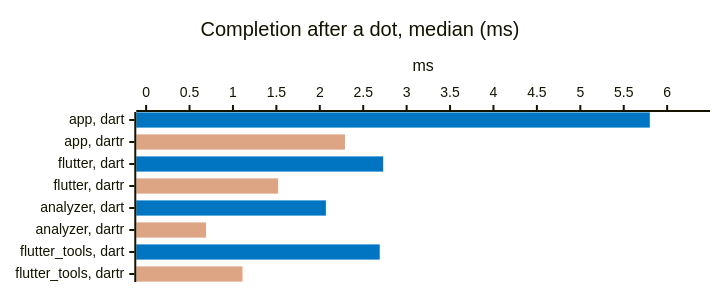
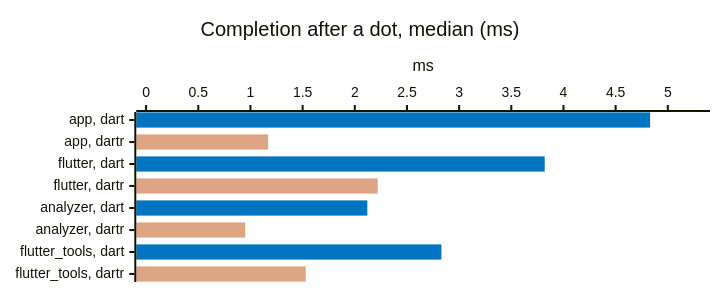
The sixth of 15 diagrams in docs/BENCHMARKS.md (orestesgaolin/dartr), drawn with Mermaid before and after one commit. The commit also changed other lines of this file and 3 other files, not shown here.

````diff
--- a/docs/BENCHMARKS.md
+++ b/docs/BENCHMARKS.md
@@ -115,17 +115,17 @@
 ```mermaid
 ---
 config:
   xyChart:
     height: 272
   themeVariables:
     xyChart:
       plotColorPalette: "#0175C2, #DEA584"
 ---
 xychart-beta horizontal
     %% -100 = no bar: one series per measurement gives each its own color
     title "Completion after a dot, median (ms)"
     x-axis ["app, dart", "app, dartr", "flutter, dart", "flutter, dartr", "analyzer, dart", "analyzer, dartr", "flutter_tools, dart", "flutter_tools, dartr"]
-    y-axis "ms" 0 --> 6.38
-    bar [5.8, -100, 2.73, -100, 2.07, -100, 2.69, -100]
-    bar [-100, 2.29, -100, 1.52, -100, 0.69, -100, 1.11]
+    y-axis "ms" 0 --> 5.31
+    bar [4.83, -100, 3.82, -100, 2.12, -100, 2.83, -100]
+    bar [-100, 1.17, -100, 2.22, -100, 0.95, -100, 1.53]
 ```
````
